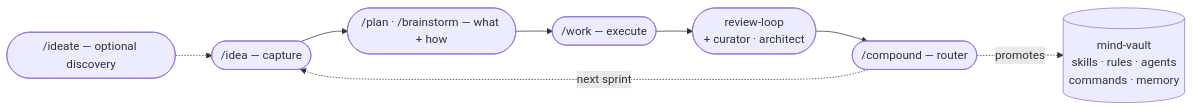
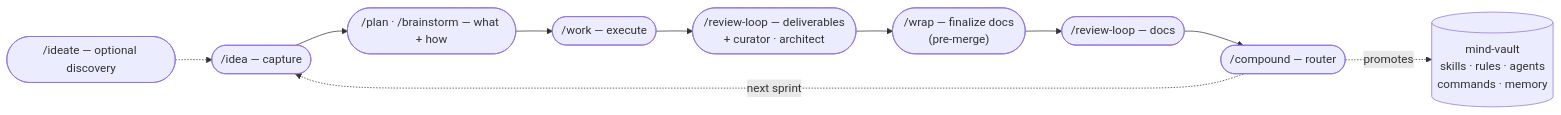
The diagram in docs/guides/SPRINT_WORKFLOW.md (andrbarss/mind-vault), drawn with Mermaid before and after one commit. The commit also changed other lines of this file and 9 other files, not shown here.

````diff
--- a/docs/guides/SPRINT_WORKFLOW.md
+++ b/docs/guides/SPRINT_WORKFLOW.md
@@ -5,10 +5,12 @@
 ```mermaid
 flowchart LR
     I0(["/ideate — optional discovery"]) -.-> I1
     I1(["/idea — capture"]) --> P
     P(["/plan · /brainstorm — what + how"]) --> W
-    W(["/work — execute"]) --> R
-    R(["review-loop\n+ curator · architect"]) --> C
+    W(["/work — execute"]) --> RD
+    RD(["/review-loop — deliverables\n+ curator · architect"]) --> WR
+    WR(["/wrap — finalize docs\n(pre-merge)"]) --> RR
+    RR(["/review-loop — docs"]) --> C
     C(["/compound — router"]) -.promotes.-> V[("mind-vault\nskills · rules · agents\ncommands · memory")]
     C -.next sprint.-> I1
 ```
````
